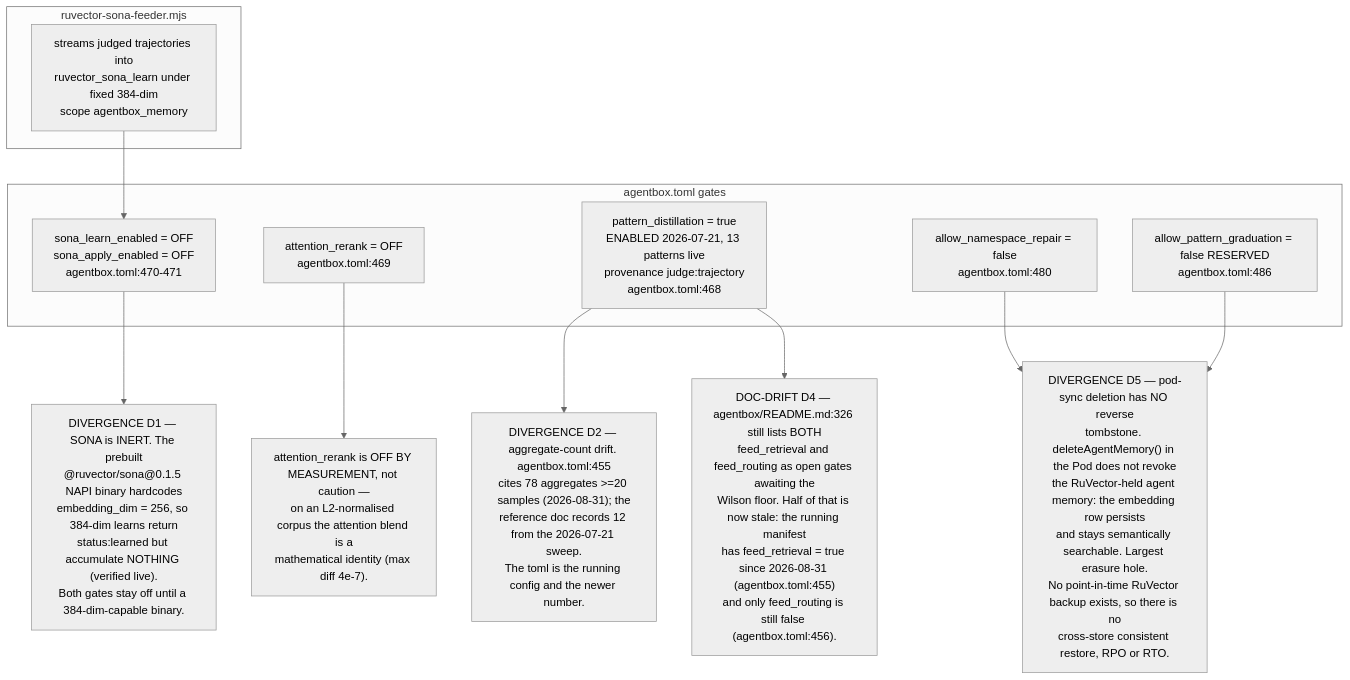
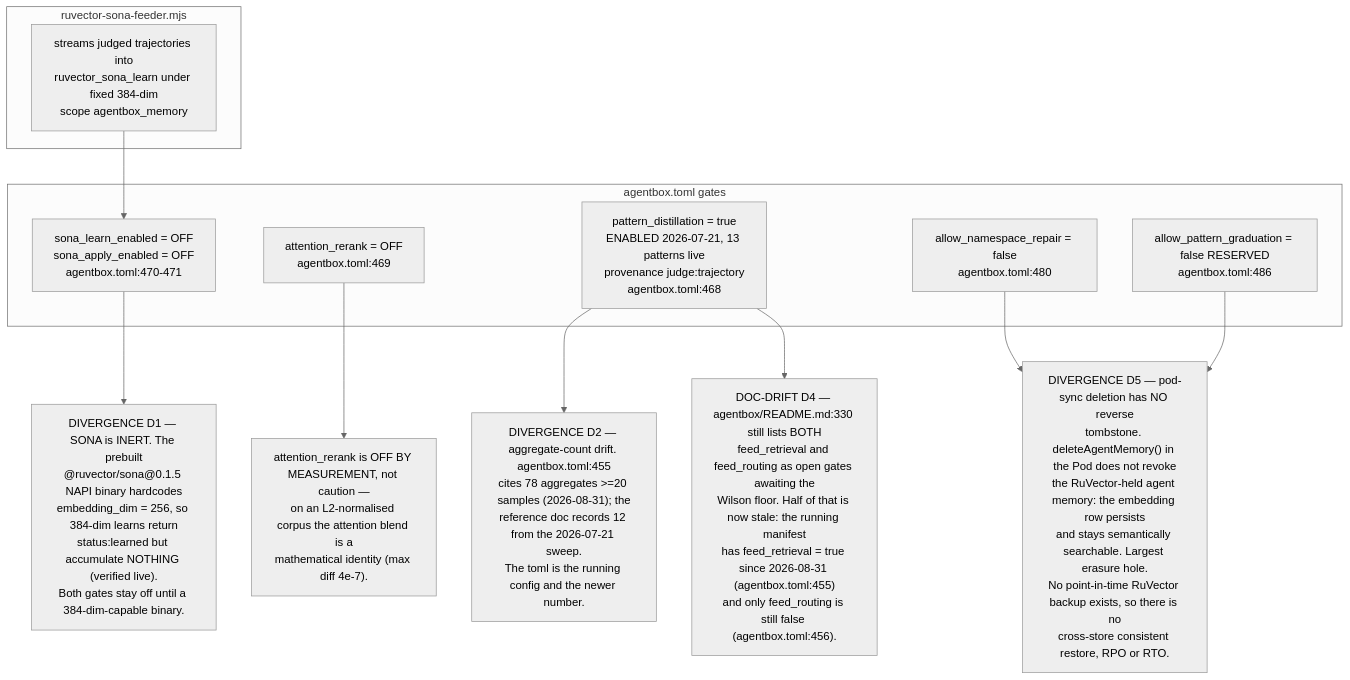
Before and after one commit to DreamLab-AI/VisionFlow: the fifth of 6 diagrams in docs/diagrams/estate/07-memory-and-embedding-estate.md, drawn with Mermaid (neutral theme). The commit also changed other lines of this file and 94 other files, not shown here.

First line of the commit message:
docs(diagrams): re-verify 130 topics against 2 October HEADs

````diff
--- a/docs/diagrams/estate/07-memory-and-embedding-estate.md
+++ b/docs/diagrams/estate/07-memory-and-embedding-estate.md
@@ -156,26 +156,26 @@
 ```mermaid
 flowchart TB
     subgraph feeder["ruvector-sona-feeder.mjs"]
         F1["streams judged trajectories into<br/>ruvector_sona_learn under fixed 384-dim<br/>scope agentbox_memory"]
     end
     subgraph gates["agentbox.toml gates"]
         G1["sona_learn_enabled = OFF<br/>sona_apply_enabled = OFF<br/>agentbox.toml:470-471"]
         G2["attention_rerank = OFF<br/>agentbox.toml:469"]
         G3["pattern_distillation = true<br/>ENABLED 2026-07-21, 13 patterns live<br/>provenance judge:trajectory<br/>agentbox.toml:468"]
         G4["allow_namespace_repair = false<br/>agentbox.toml:480"]
         G5["allow_pattern_graduation = false RESERVED<br/>agentbox.toml:486"]
     end
     D1["DIVERGENCE D1 — SONA is INERT. The prebuilt<br/>@ruvector/sona@0.1.5 NAPI binary hardcodes<br/>embedding_dim = 256, so 384-dim learns return<br/>status:learned but accumulate NOTHING (verified live).<br/>Both gates stay off until a 384-dim-capable binary."]
     D1B["attention_rerank is OFF BY MEASUREMENT, not caution —<br/>on an L2-normalised corpus the attention blend is a<br/>mathematical identity (max diff 4e-7)."]
     D2["DIVERGENCE D2 — aggregate-count drift. agentbox.toml:455<br/>cites 78 aggregates >=20 samples (2026-08-31); the<br/>reference doc records 12 from the 2026-07-21 sweep.<br/>The toml is the running config and the newer number."]
-    D4["DOC-DRIFT D4 — agentbox/README.md:326 still lists BOTH<br/>feed_retrieval and feed_routing as open gates awaiting the<br/>Wilson floor. Half of that is now stale: the running manifest<br/>has feed_retrieval = true since 2026-08-31 (agentbox.toml:455)<br/>and only feed_routing is still false (agentbox.toml:456)."]
+    D4["DOC-DRIFT D4 — agentbox/README.md:330 still lists BOTH<br/>feed_retrieval and feed_routing as open gates awaiting the<br/>Wilson floor. Half of that is now stale: the running manifest<br/>has feed_retrieval = true since 2026-08-31 (agentbox.toml:455)<br/>and only feed_routing is still false (agentbox.toml:456)."]
     D5["DIVERGENCE D5 — pod-sync deletion has NO reverse<br/>tombstone. deleteAgentMemory() in the Pod does not revoke<br/>the RuVector-held agent memory: the embedding row persists<br/>and stays semantically searchable. Largest erasure hole.<br/>No point-in-time RuVector backup exists, so there is no<br/>cross-store consistent restore, RPO or RTO."]
 
     F1 --> G1
     G1 --> D1
     G2 --> D1B
     G3 --> D2
     G3 --> D4
     G4 --> D5
     G5 --> D5
 ```
````
